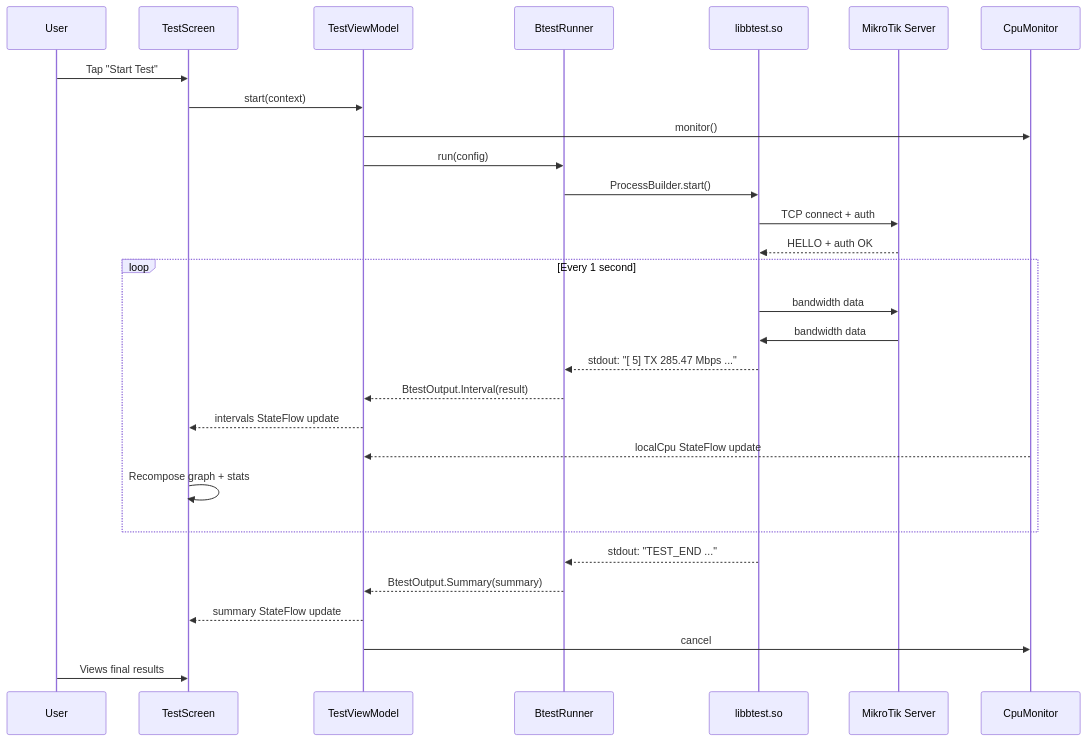
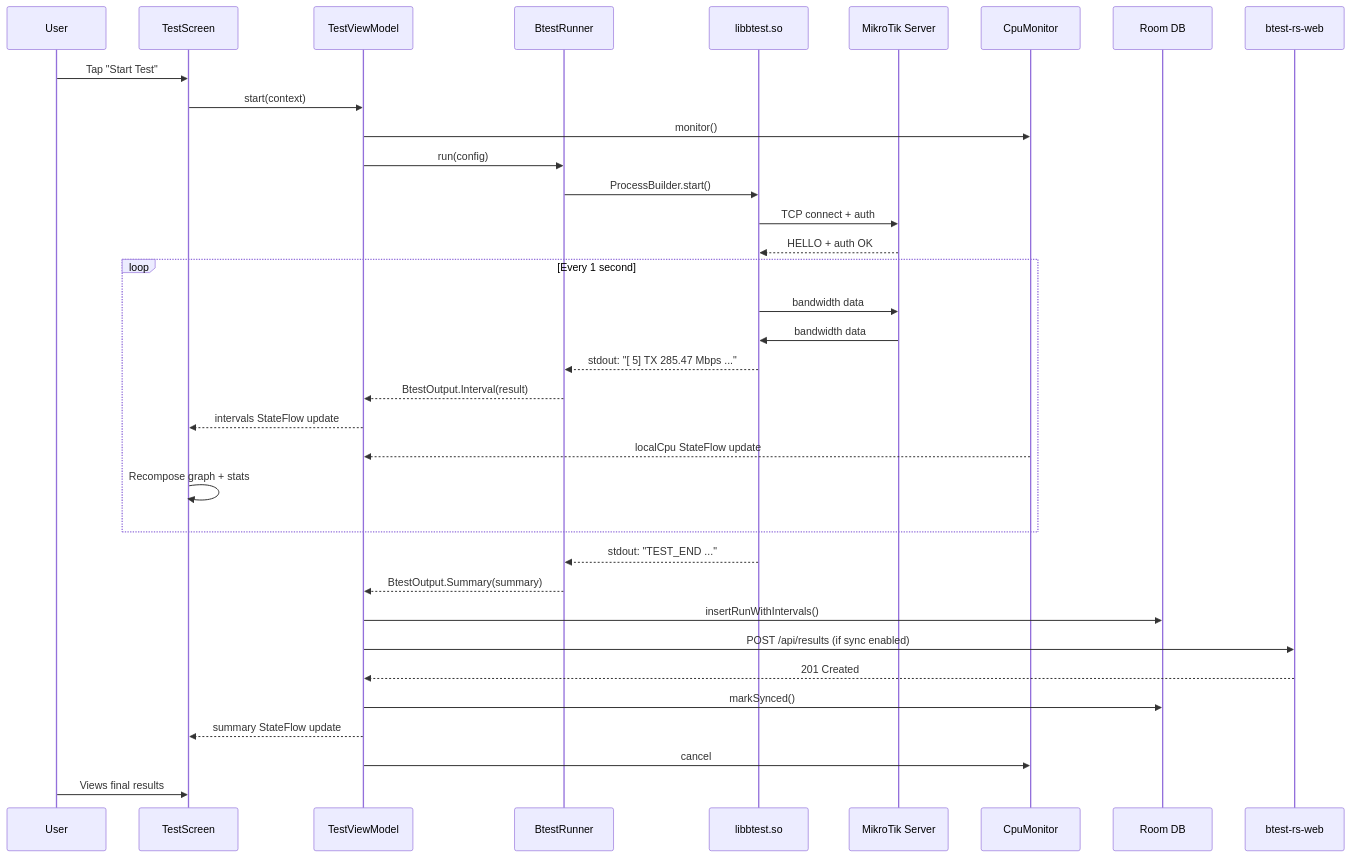
The third of 8 diagrams in docs/architecture.md (manawenuz/btest-rs-android), drawn with Mermaid before and after one commit. The commit also changed other lines of this file and 2 other files, not shown here.

First line of the commit message:
Update docs with web dashboard, sync, and deployment guide

````diff
--- a/docs/architecture.md
+++ b/docs/architecture.md
@@ -88,35 +136,41 @@
 ```mermaid
 sequenceDiagram
     participant User
     participant UI as TestScreen
     participant VM as TestViewModel
     participant Runner as BtestRunner
     participant Binary as libbtest.so
     participant Server as MikroTik Server
     participant CPU as CpuMonitor
+    participant DB as Room DB
+    participant Web as btest-rs-web
 
     User->>UI: Tap "Start Test"
     UI->>VM: start(context)
     VM->>CPU: monitor()
     VM->>Runner: run(config)
     Runner->>Binary: ProcessBuilder.start()
     Binary->>Server: TCP connect + auth
     Server-->>Binary: HELLO + auth OK
 
     loop Every 1 second
         Binary->>Server: bandwidth data
         Server->>Binary: bandwidth data
         Binary-->>Runner: stdout: "[  5] TX 285.47 Mbps ..."
         Runner-->>VM: BtestOutput.Interval(result)
         VM-->>UI: intervals StateFlow update
         CPU-->>VM: localCpu StateFlow update
         UI->>UI: Recompose graph + stats
     end
 
     Binary-->>Runner: stdout: "TEST_END ..."
     Runner-->>VM: BtestOutput.Summary(summary)
+    VM->>DB: insertRunWithIntervals()
+    VM->>Web: POST /api/results (if sync enabled)
+    Web-->>VM: 201 Created
+    VM->>DB: markSynced()
     VM-->>UI: summary StateFlow update
     VM->>CPU: cancel
 
     User->>UI: Views final results
 ```
````
